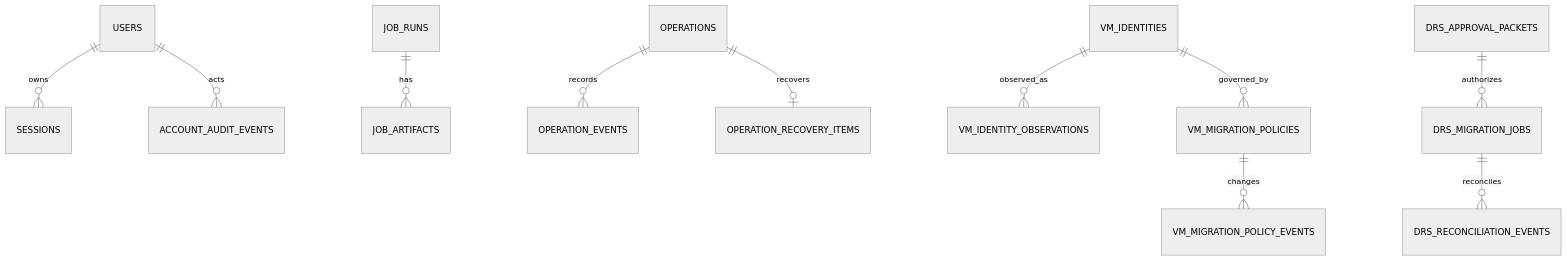
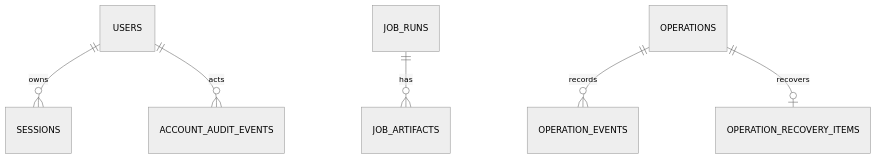
The diagram in project-docs/database/current-schema-and-ownership.md (CodingPenguin-yoon/Gjallar), drawn with Mermaid (neutral theme) before and after one commit. The commit also changed other lines of this file and 70 other files, not shown here.

````diff
--- a/project-docs/database/current-schema-and-ownership.md
+++ b/project-docs/database/current-schema-and-ownership.md
@@ -40,13 +33,8 @@
 ```mermaid
 erDiagram
     USERS ||--o{ SESSIONS : owns
     USERS ||--o{ ACCOUNT_AUDIT_EVENTS : acts
     JOB_RUNS ||--o{ JOB_ARTIFACTS : has
     OPERATIONS ||--o{ OPERATION_EVENTS : records
     OPERATIONS ||--o| OPERATION_RECOVERY_ITEMS : recovers
-    VM_IDENTITIES ||--o{ VM_IDENTITY_OBSERVATIONS : observed_as
-    VM_IDENTITIES ||--o{ VM_MIGRATION_POLICIES : governed_by
-    VM_MIGRATION_POLICIES ||--o{ VM_MIGRATION_POLICY_EVENTS : changes
-    DRS_APPROVAL_PACKETS ||--o{ DRS_MIGRATION_JOBS : authorizes
-    DRS_MIGRATION_JOBS ||--o{ DRS_RECONCILIATION_EVENTS : reconciles
 ```
````
